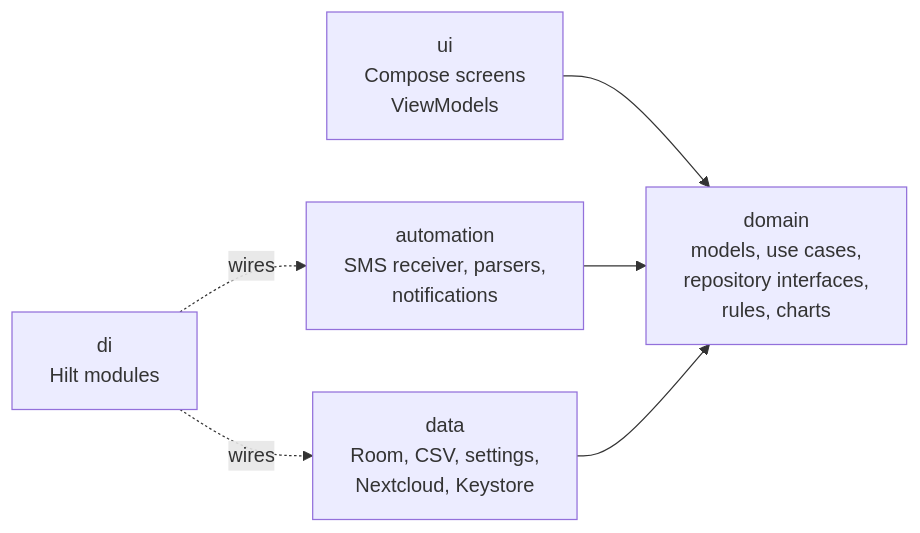
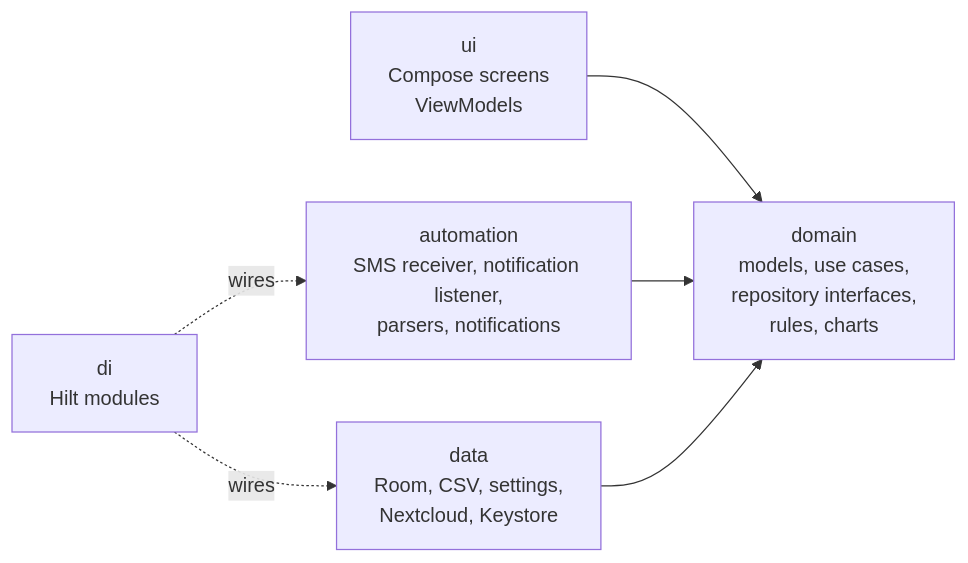
One commit to Schnapsi93/SpendingTracker changed the first of 2 diagrams in README.md. Above: the diagram before and after it, drawn with Mermaid. The commit also changed other lines of this file and 3 other files, not shown here.

````diff
--- a/README.md
+++ b/README.md
@@ -102,9 +103,9 @@
 ```mermaid
 flowchart LR
     UI["ui<br/>Compose screens<br/>ViewModels"] --> Domain
-    Automation["automation<br/>SMS receiver, parsers,<br/>notifications"] --> Domain
+    Automation["automation<br/>SMS receiver, notification listener,<br/>parsers, notifications"] --> Domain
     Data["data<br/>Room, CSV, settings,<br/>Nextcloud, Keystore"] --> Domain
     Domain["domain<br/>models, use cases,<br/>repository interfaces,<br/>rules, charts"]
     DI["di<br/>Hilt modules"] -.wires.-> Data
     DI -.wires.-> Automation
 ```
````
